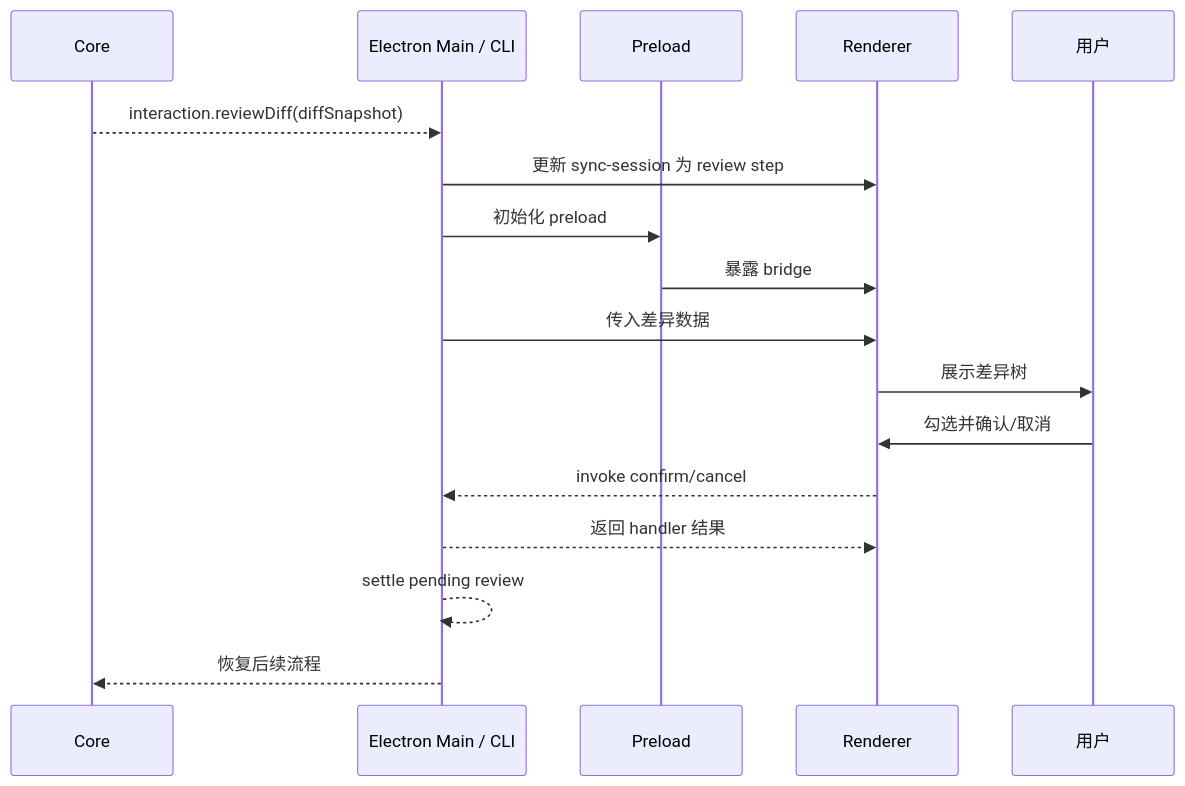
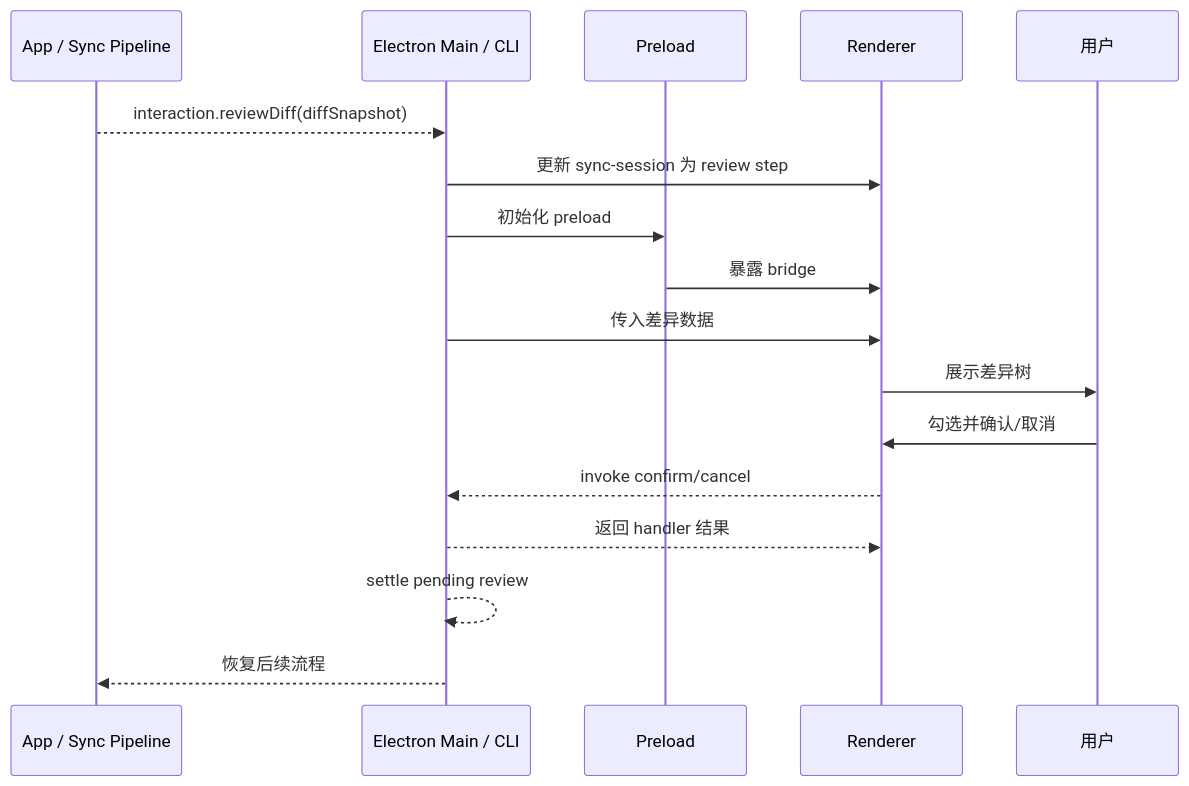
Before and after one commit to agalloch21/sync-with-rclone: the eighth of 15 diagrams in docs/Flows.md, drawn with Mermaid. The commit also changed other lines of this file and 29 other files, not shown here.

````diff
--- a/docs/Flows.md
+++ b/docs/Flows.md
@@ -205,20 +199,20 @@
 ```mermaid
 sequenceDiagram
-  participant C as Core
+  participant A as App / Sync Pipeline
   participant S as Electron Main / CLI
   participant P as Preload
   participant R as Renderer
   participant U as 用户
 
-  C-->>S: interaction.reviewDiff(diffSnapshot)
+  A-->>S: interaction.reviewDiff(diffSnapshot)
   S->>R: 更新 sync-session 为 review step
   S->>P: 初始化 preload
   P->>R: 暴露 bridge
   S->>R: 传入差异数据
   R->>U: 展示差异树
   U->>R: 勾选并确认/取消
   R-->>S: invoke confirm/cancel
   S-->>R: 返回 handler 结果
   S-->>S: settle pending review
-  S-->>C: 恢复后续流程
+  S-->>A: 恢复后续流程
 ```
````
